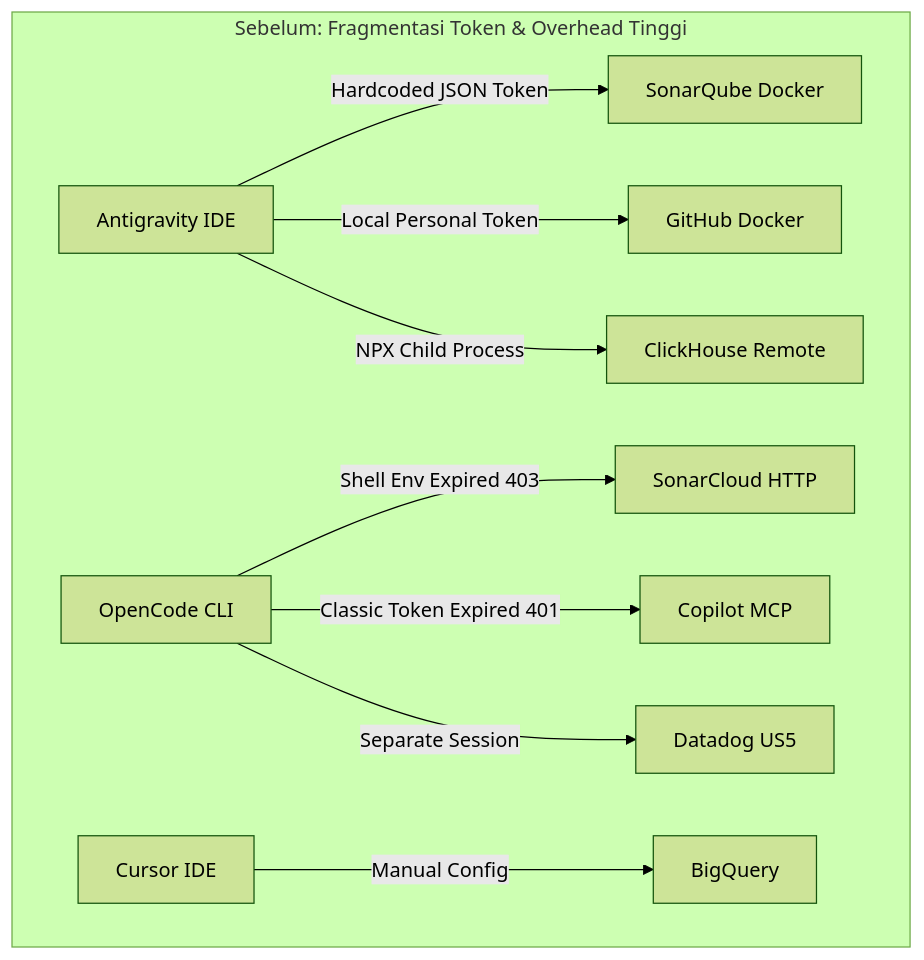
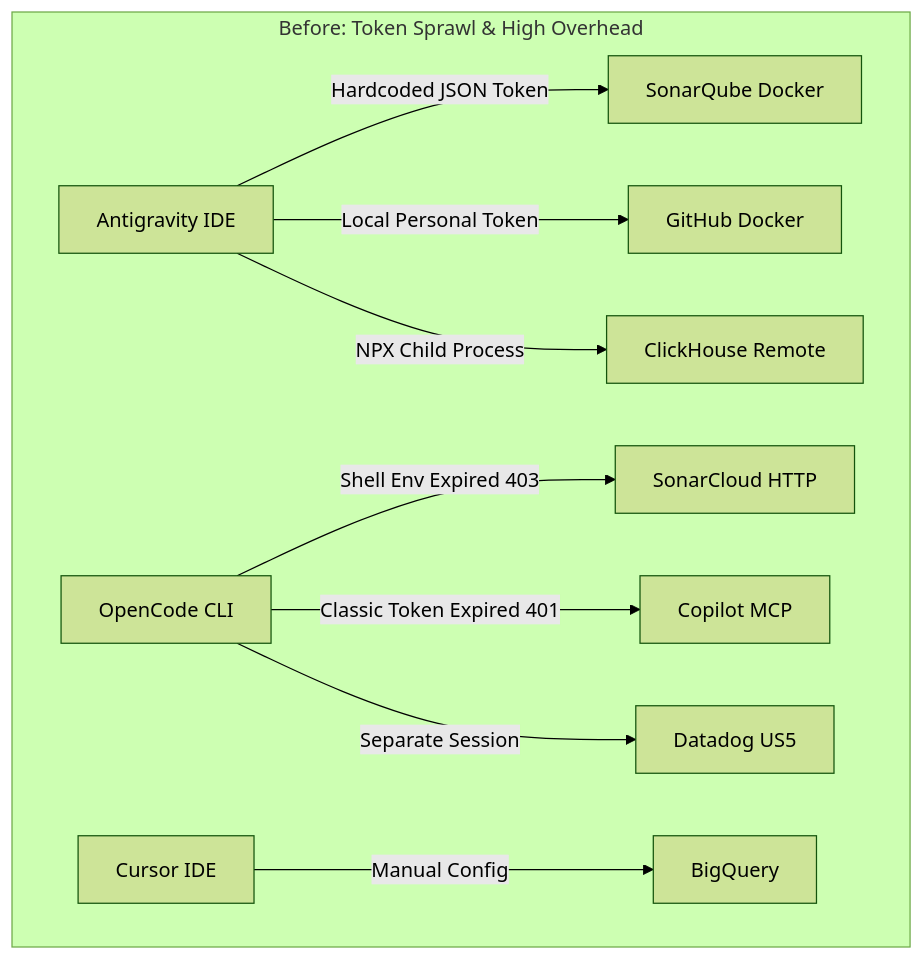
The first of 2 diagrams in docs/consolidation-guide.md (qybbs/saas-to-mcp-gateway), drawn with Mermaid (forest theme) before and after one commit. The commit also changed other lines of this file and 32 other files, not shown here.

````diff
--- a/docs/consolidation-guide.md
+++ b/docs/consolidation-guide.md
@@ -11,14 +11,14 @@
 ```mermaid
 graph TD
-    subgraph Fragmented ["Sebelum: Fragmentasi Token & Overhead Tinggi"]
+    subgraph Fragmented ["Before: Token Sprawl & High Overhead"]
         AG1[Antigravity IDE] -->|Hardcoded JSON Token| SQ1[SonarQube Docker]
         AG1 -->|Local Personal Token| GH1[GitHub Docker]
         AG1 -->|NPX Child Process| CH1[ClickHouse Remote]
         
         OC1[OpenCode CLI] -->|Shell Env Expired 403| SQ2[SonarCloud HTTP]
         OC1 -->|Classic Token Expired 401| GH2[Copilot MCP]
         OC1 -->|Separate Session| DD1[Datadog US5]
         
         CR1[Cursor IDE] -->|Manual Config| BQ1[BigQuery]
     end
 ```
````
